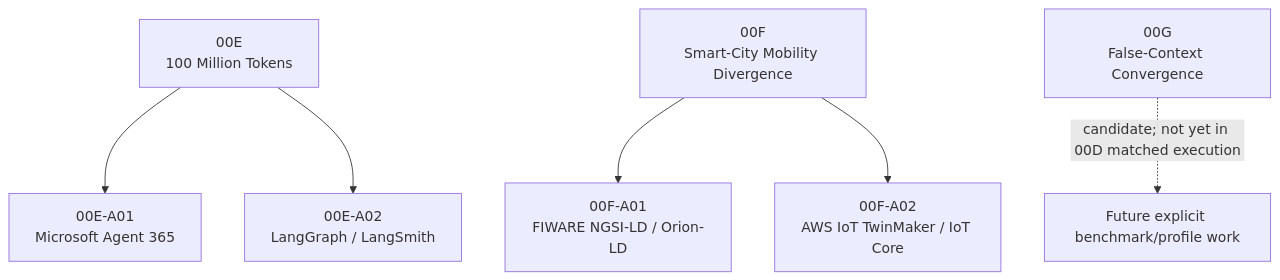
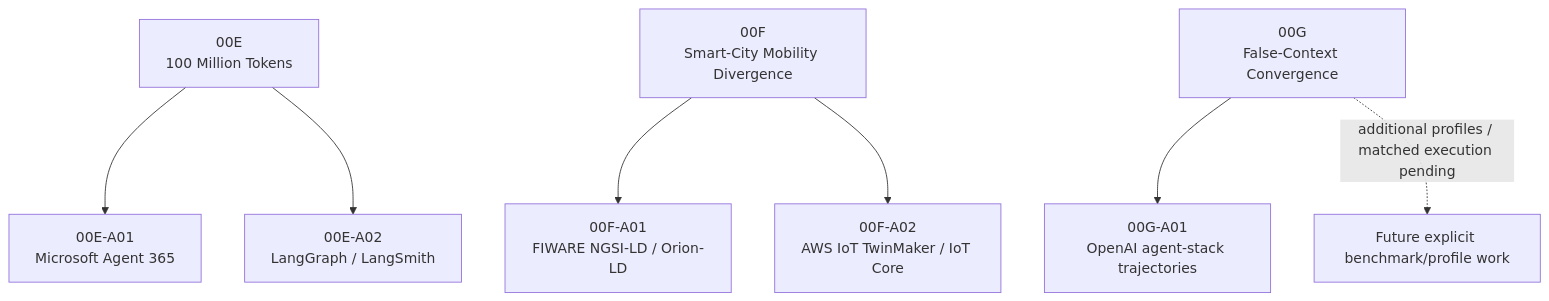
One commit to dakleyer/structural-awareness-contributions changed the fifth of 9 diagrams in research/ecosystem-awareness/VISUAL_GUIDE.md. Above: the diagram before and after it, drawn with Mermaid. The commit also changed other lines of this file, not shown here.

Commit message:
docs: add OpenAI 00G implementation trajectory to visual guide

````diff
--- a/research/ecosystem-awareness/VISUAL_GUIDE.md
+++ b/research/ecosystem-awareness/VISUAL_GUIDE.md
@@ -150,17 +150,19 @@
 ```mermaid
 flowchart TB
     E["00E<br/>100 Million Tokens"]
     F["00F<br/>Smart-City Mobility Divergence"]
     G["00G<br/>False-Context Convergence"]
     M["00E-A01<br/>Microsoft Agent 365"]
     L["00E-A02<br/>LangGraph / LangSmith"]
     FW["00F-A01<br/>FIWARE NGSI-LD / Orion-LD"]
     AWS["00F-A02<br/>AWS IoT TwinMaker / IoT Core"]
+    OAI["00G-A01<br/>OpenAI agent-stack trajectories"]
     FUT["Future explicit benchmark/profile work"]
 
     E --> M
     E --> L
     F --> FW
     F --> AWS
-    G -. "candidate; not yet in 00D matched execution" .-> FUT
+    G --> OAI
+    G -. "additional profiles / matched execution pending" .-> FUT
 ```
````
